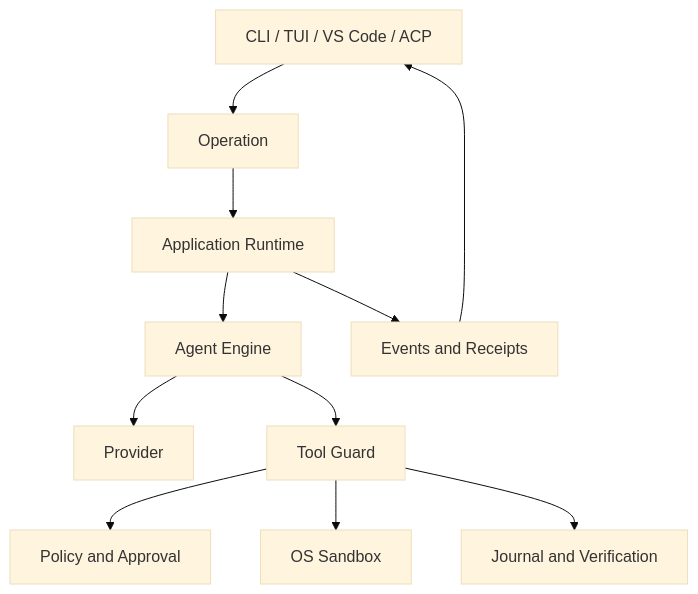
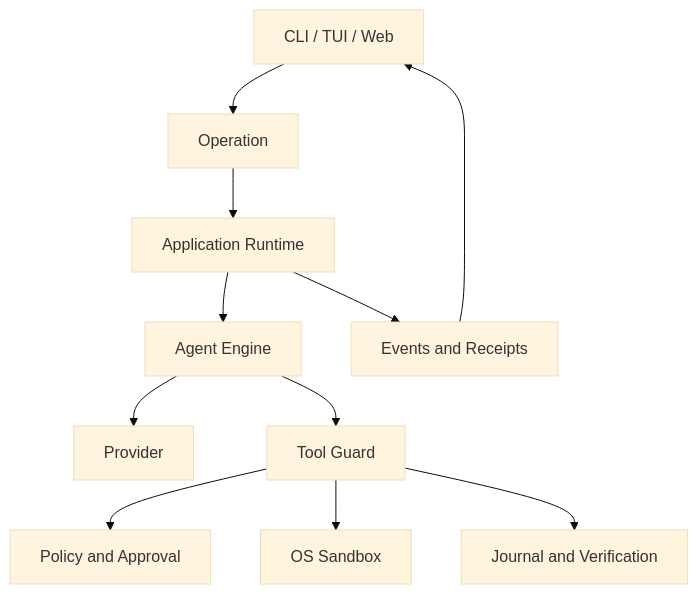
The diagram in docs/book/zh-CN/01-agent-engineering/05-why-governed-runtime.md (fwtllh-png/CodeHelper), drawn with Mermaid (base theme) before and after one commit. The commit also changed 439 other files, not shown here.

````diff
--- a/docs/book/zh-CN/01-agent-engineering/05-why-governed-runtime.md
+++ b/docs/book/zh-CN/01-agent-engineering/05-why-governed-runtime.md
@@ -100,13 +100,13 @@
 ```mermaid
 flowchart TD
-    H[CLI / TUI / VS Code / ACP] --> O[Operation]
+    H[CLI / TUI / Web] --> O[Operation]
     O --> R[Application Runtime]
     R --> E[Agent Engine]
     E --> M[Provider]
     E --> G[Tool Guard]
     G --> P[Policy and Approval]
     G --> S[OS Sandbox]
     G --> J[Journal and Verification]
     R --> F[Events and Receipts]
     F --> H
 ```
````
